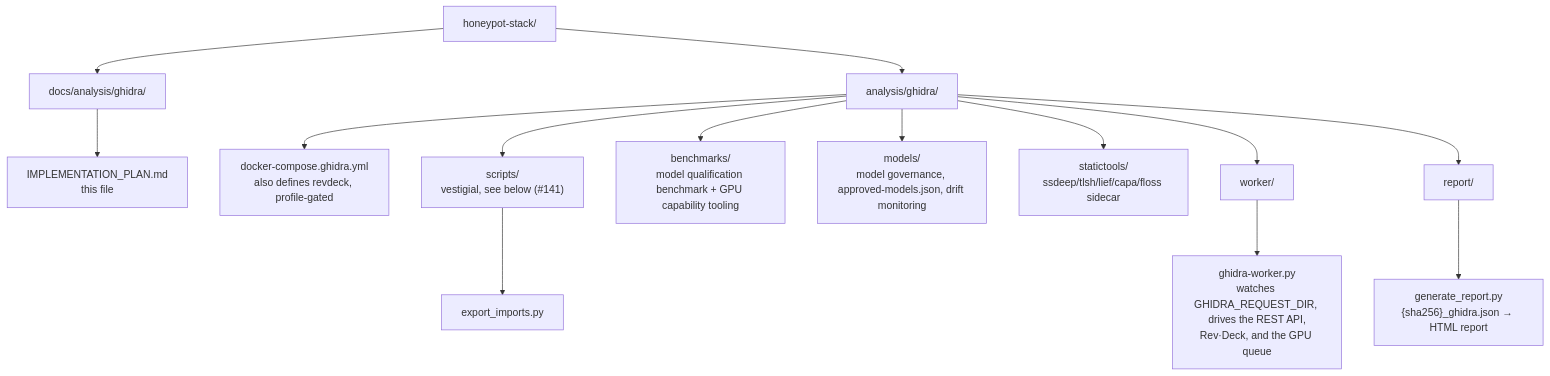
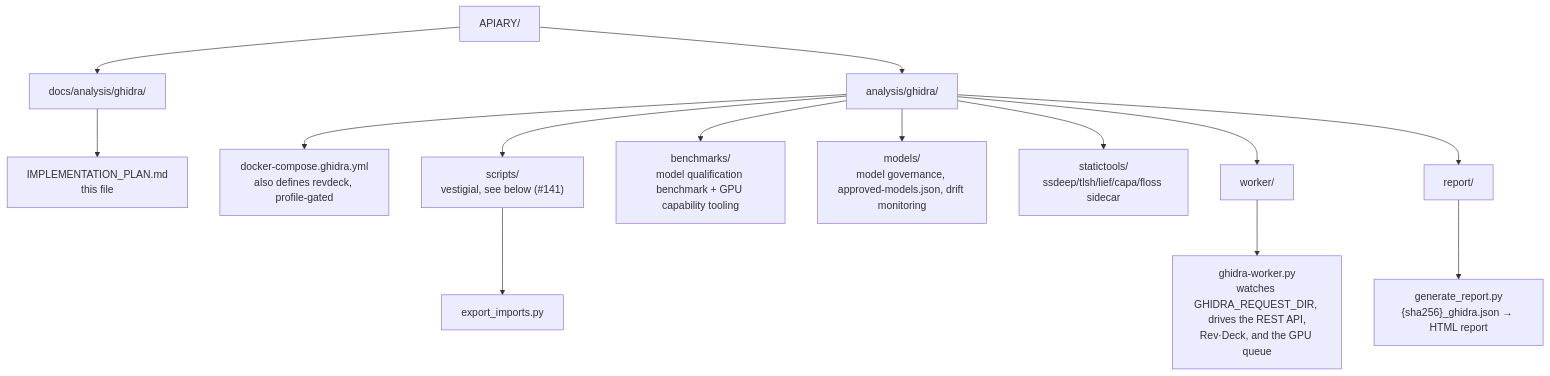
One commit to Xore/APIARY changed the first of 2 diagrams in docs/analysis/ghidra/IMPLEMENTATION_PLAN.md. Above: the diagram before and after it, drawn with Mermaid. The commit also changed other lines of this file and 70 other files, not shown here.

````diff
--- a/docs/analysis/ghidra/IMPLEMENTATION_PLAN.md
+++ b/docs/analysis/ghidra/IMPLEMENTATION_PLAN.md
@@ -60,18 +60,18 @@
 ```mermaid
 flowchart TD
-    Root["honeypot-stack/"] --> Docs["docs/analysis/ghidra/"]
+    Root["APIARY/"] --> Docs["docs/analysis/ghidra/"]
     Root --> AG["analysis/ghidra/"]
 
     Docs --> IP["IMPLEMENTATION_PLAN.md<br/>this file"]
 
     AG --> DC["docker-compose.ghidra.yml<br/>also defines revdeck, profile-gated"]
     AG --> Scripts["scripts/<br/>vestigial, see below (#141)"]
     Scripts --> EI["export_imports.py"]
     AG --> Bench["benchmarks/<br/>model qualification benchmark + GPU capability tooling"]
     AG --> Models["models/<br/>model governance, approved-models.json, drift monitoring"]
     AG --> Static["statictools/<br/>ssdeep/tlsh/lief/capa/floss sidecar"]
     AG --> Worker["worker/"]
     Worker --> GW["ghidra-worker.py<br/>watches GHIDRA_REQUEST_DIR, drives the REST API,<br/>Rev·Deck, and the GPU queue"]
     AG --> Report["report/"]
     Report --> GR["generate_report.py<br/>{sha256}_ghidra.json → HTML report"]
 ```
````
